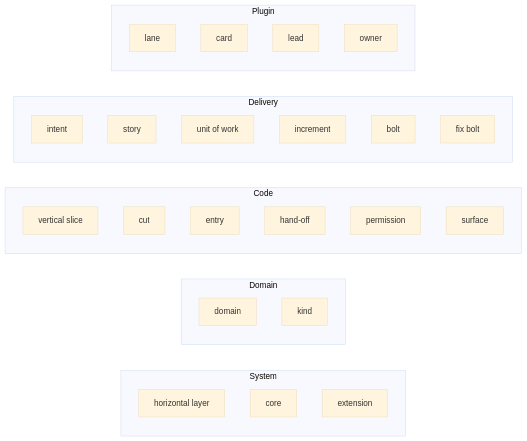
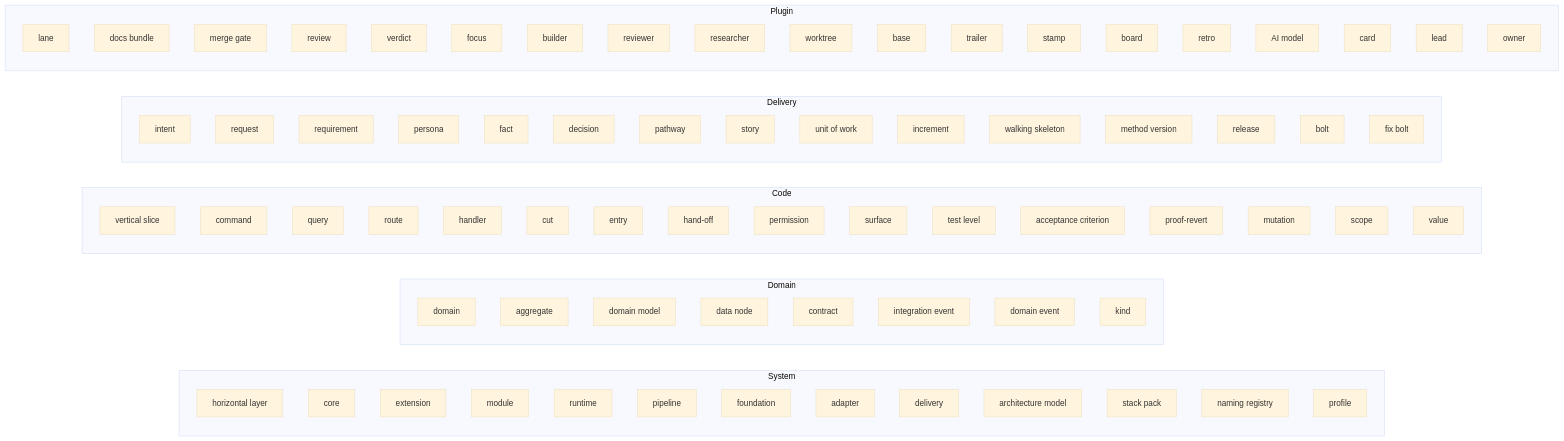
Before and after one commit to Scrollout/aidlc-team-plugin: the diagram in docs/design/diagrams/canonical-model.md, drawn with Mermaid (base theme). The commit also changed 18 other files, not shown here.

```diff
--- a/docs/design/diagrams/canonical-model.md
+++ b/docs/design/diagrams/canonical-model.md
@@ -12,29 +12,79 @@
     System_horizontal_layer["horizontal layer"]
     System_core["core"]
     System_extension["extension"]
+    System_module["module"]
+    System_runtime["runtime"]
+    System_pipeline["pipeline"]
+    System_foundation["foundation"]
+    System_adapter["adapter"]
+    System_delivery["delivery"]
+    System_architecture_model["architecture model"]
+    System_stack_pack["stack pack"]
+    System_naming_registry["naming registry"]
+    System_profile["profile"]
   end
   subgraph Domain["Domain"]
     Domain_domain["domain"]
+    Domain_aggregate["aggregate"]
+    Domain_domain_model["domain model"]
+    Domain_data_node["data node"]
+    Domain_contract["contract"]
+    Domain_integration_event["integration event"]
+    Domain_domain_event["domain event"]
     Domain_kind["kind"]
   end
   subgraph Code["Code"]
     Code_vertical_slice["vertical slice"]
+    Code_command["command"]
+    Code_query["query"]
+    Code_route["route"]
+    Code_handler["handler"]
     Code_cut["cut"]
     Code_entry["entry"]
     Code_hand_off["hand-off"]
     Code_permission["permission"]
     Code_surface["surface"]
+    Code_test_level["test level"]
+    Code_acceptance_criterion["acceptance criterion"]
+    Code_proof_revert["proof-revert"]
+    Code_mutation["mutation"]
+    Code_scope["scope"]
+    Code_value["value"]
   end
   subgraph Delivery["Delivery"]
     Delivery_intent["intent"]
+    Delivery_request["request"]
+    Delivery_requirement["requirement"]
+    Delivery_persona["persona"]
+    Delivery_fact["fact"]
+    Delivery_decision["decision"]
+    Delivery_pathway["pathway"]
     Delivery_story["story"]
     Delivery_unit_of_work["unit of work"]
     Delivery_increment["increment"]
+    Delivery_walking_skeleton["walking skeleton"]
+    Delivery_method_version["method version"]
+    Delivery_release["release"]
     Delivery_bolt["bolt"]
     Delivery_fix_bolt["fix bolt"]
   end
   subgraph Plugin["Plugin"]
     Plugin_lane["lane"]
+    Plugin_docs_bundle["docs bundle"]
+    Plugin_merge_gate["merge gate"]
+    Plugin_review["review"]
+    Plugin_verdict["verdict"]
+    Plugin_focus["focus"]
+    Plugin_builder["builder"]
+    Plugin_reviewer["reviewer"]
+    Plugin_researcher["researcher"]
+    Plugin_worktree["worktree"]
+    Plugin_base["base"]
+    Plugin_trailer["trailer"]
+    Plugin_stamp["stamp"]
+    Plugin_board["board"]
+    Plugin_retro["retro"]
+    Plugin_AI_model["AI model"]
     Plugin_card["card"]
     Plugin_lead["lead"]
     Plugin_owner["owner"]
```
